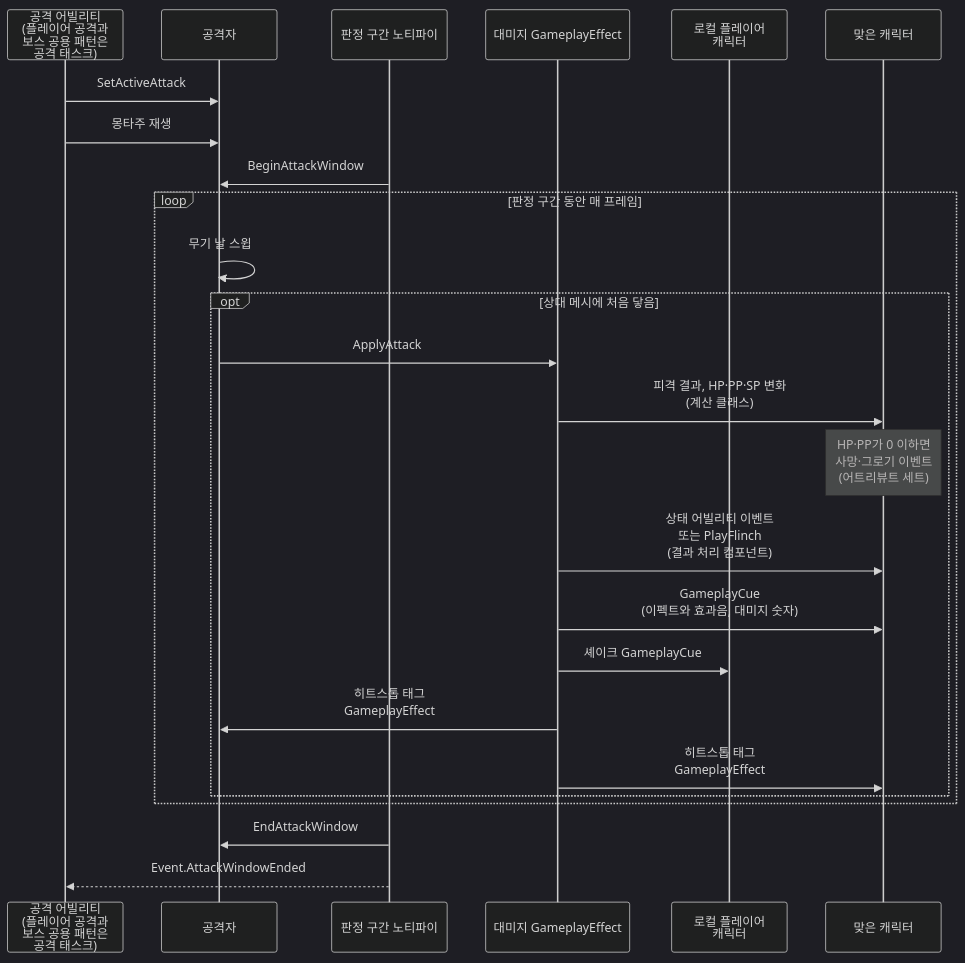
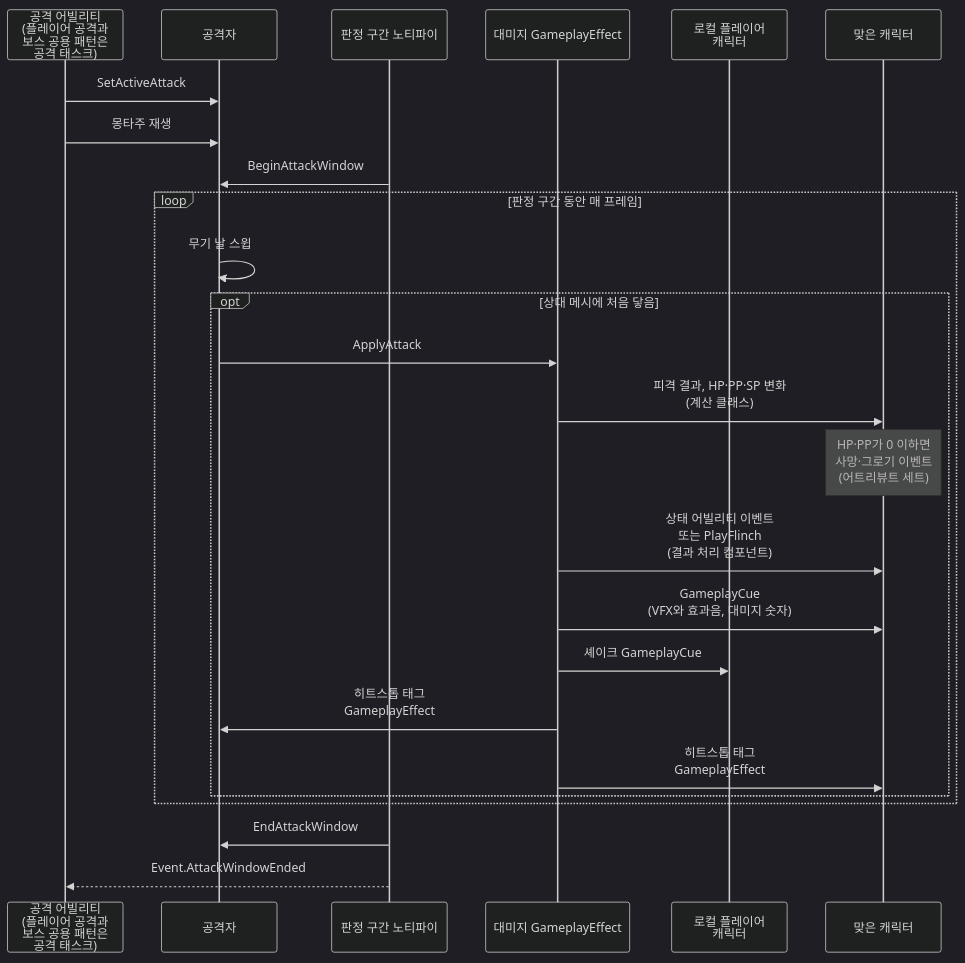
Before and after one commit to Woogl/Ag: the third of 3 diagrams in Docs/Program/대미지와 피격 처리.md, drawn with Mermaid (dark theme). The commit also changed other lines of this file and 81 other files, not shown here.

````diff
--- a/Docs/Program/대미지와 피격 처리.md
+++ b/Docs/Program/대미지와 피격 처리.md
@@ -74,27 +74,27 @@
 ```mermaid
 sequenceDiagram
     participant GA as 공격 어빌리티<br>(플레이어 공격과<br>보스 공용 패턴은<br>공격 태스크)
     participant A as 공격자
     participant N as 판정 구간 노티파이
     participant G as 대미지 GameplayEffect
     participant P as 로컬 플레이어<br>캐릭터
     participant T as 맞은 캐릭터
     GA->>A: SetActiveAttack
     GA->>A: 몽타주 재생
     N->>A: BeginAttackWindow
     loop 판정 구간 동안 매 프레임
         A->>A: 무기 날 스윕
         opt 상대 메시에 처음 닿음
             A->>G: ApplyAttack
             G->>T: 피격 결과, HP·PP·SP 변화<br>(계산 클래스)
             Note over T: HP·PP가 0 이하면<br>사망·그로기 이벤트<br>(어트리뷰트 세트)
             G->>T: 상태 어빌리티 이벤트<br>또는 PlayFlinch<br>(결과 처리 컴포넌트)
-            G->>T: GameplayCue<br>(이펙트와 효과음, 대미지 숫자)
+            G->>T: GameplayCue<br>(VFX와 효과음, 대미지 숫자)
             G->>P: 셰이크 GameplayCue
             G->>A: 히트스톱 태그<br>GameplayEffect
             G->>T: 히트스톱 태그<br>GameplayEffect
         end
     end
     N->>A: EndAttackWindow
     N-->>GA: Event.AttackWindowEnded
 ```
````
